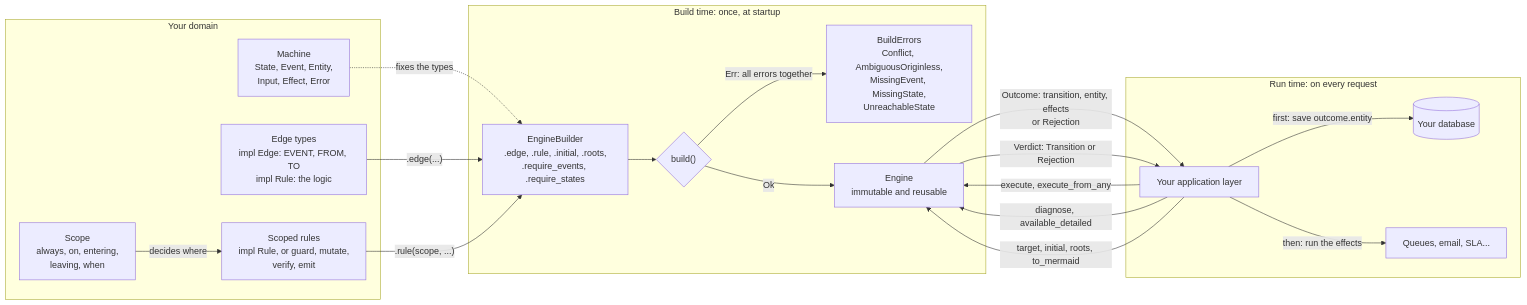
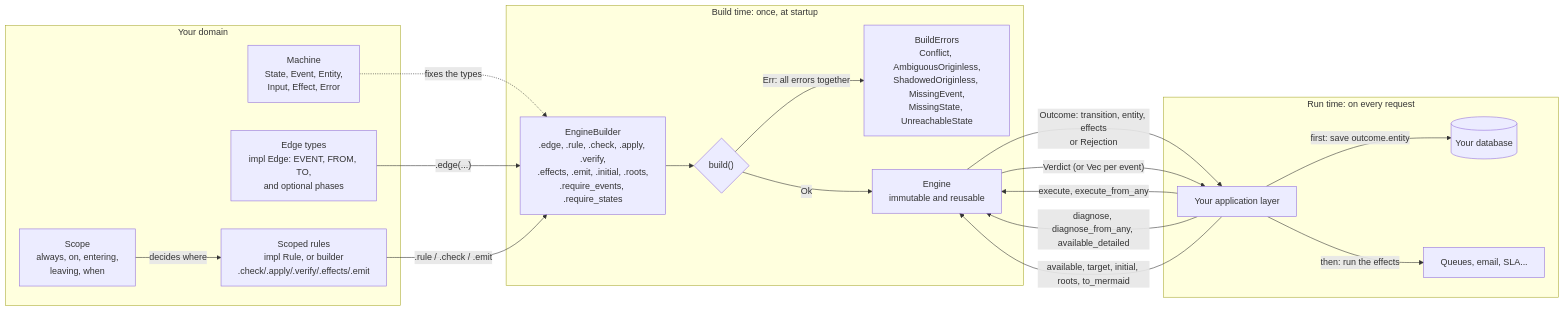
The first of 3 diagrams in README.md (rafael-arreola/fsm-forge), drawn with Mermaid before and after one commit. The commit also changed other lines of this file and 112 other files, not shown here.

````diff
--- a/README.md
+++ b/README.md
@@ -100,38 +100,38 @@
 ```mermaid
 flowchart LR
     subgraph domain["Your domain"]
         M["Machine<br/>State, Event, Entity,<br/>Input, Effect, Error"]
-        E["Edge types<br/>impl Edge: EVENT, FROM, TO<br/>impl Rule: the logic"]
-        R["Scoped rules<br/>impl Rule, or guard, mutate,<br/>verify, emit"]
+        E["Edge types<br/>impl Edge: EVENT, FROM, TO,<br/>and optional phases"]
+        R["Scoped rules<br/>impl Rule, or builder<br/>.check/.apply/.verify/.effects/.emit"]
         S["Scope<br/>always, on, entering,<br/>leaving, when"]
     end
 
     subgraph buildtime["Build time: once, at startup"]
-        B["EngineBuilder<br/>.edge, .rule, .initial, .roots,<br/>.require_events, .require_states"]
+        B["EngineBuilder<br/>.edge, .rule, .check, .apply, .verify,<br/>.effects, .emit, .initial, .roots,<br/>.require_events, .require_states"]
         V{"build()"}
-        BE["BuildErrors<br/>Conflict, AmbiguousOriginless,<br/>MissingEvent, MissingState,<br/>UnreachableState"]
+        BE["BuildErrors<br/>Conflict, AmbiguousOriginless,<br/>ShadowedOriginless, MissingEvent,<br/>MissingState, UnreachableState"]
         EN["Engine<br/>immutable and reusable"]
     end
 
     subgraph runtime["Run time: on every request"]
         APP["Your application layer"]
         DB[("Your database")]
         EXT["Queues, email, SLA..."]
     end
 
     M -.->|"fixes the types"| B
     E -->|".edge(...)"| B
     S -->|"decides where"| R
-    R -->|".rule(scope, ...)"| B
+    R -->|".rule / .check / .emit"| B
     B --> V
     V -->|"Err: all errors together"| BE
     V -->|"Ok"| EN
 
     APP -->|"execute, execute_from_any"| EN
     EN -->|"Outcome: transition, entity, effects<br/>or Rejection"| APP
-    APP -->|"diagnose, available_detailed"| EN
-    EN -->|"Verdict: Transition or Rejection"| APP
-    APP -->|"target, initial, roots, to_mermaid"| EN
+    APP -->|"diagnose, diagnose_from_any, available_detailed"| EN
+    EN -->|"Verdict (or Vec per event)"| APP
+    APP -->|"available, target, initial, roots, to_mermaid"| EN
     APP -->|"first: save outcome.entity"| DB
     APP -->|"then: run the effects"| EXT
 ```
````
